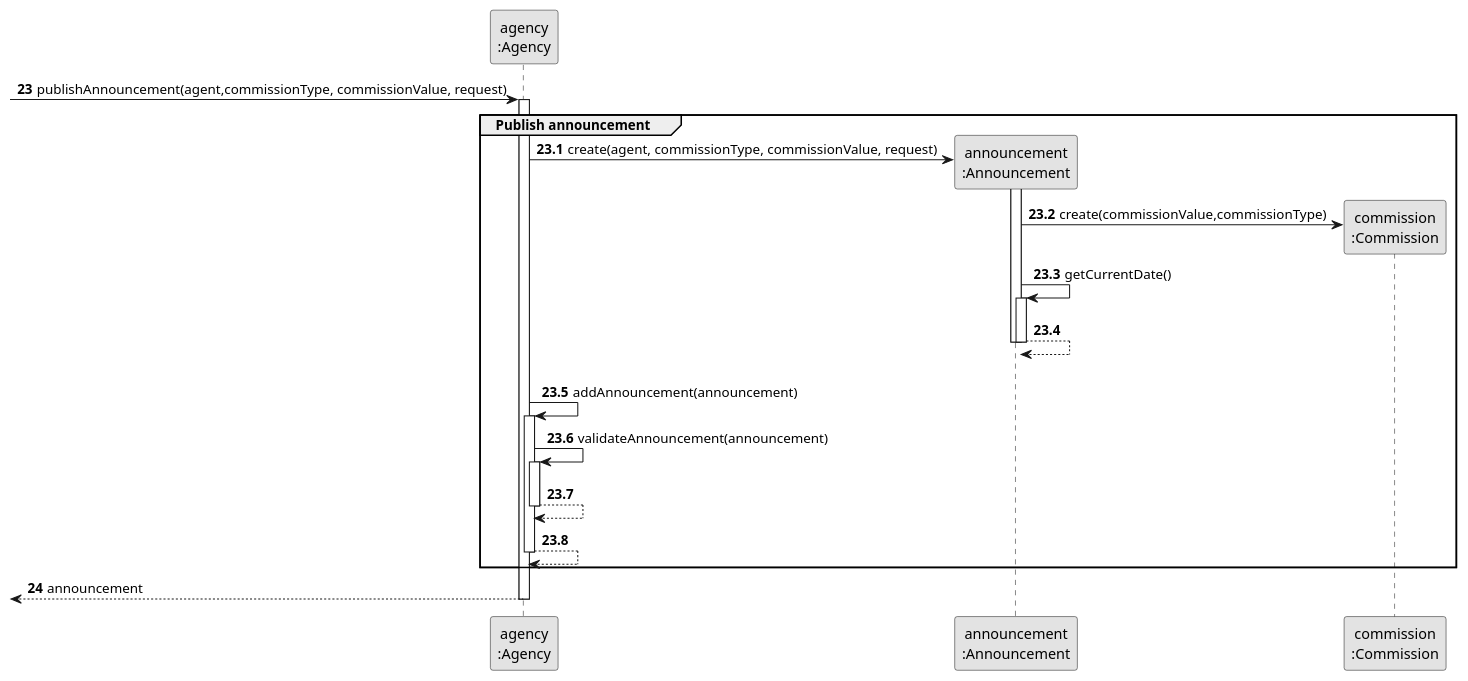
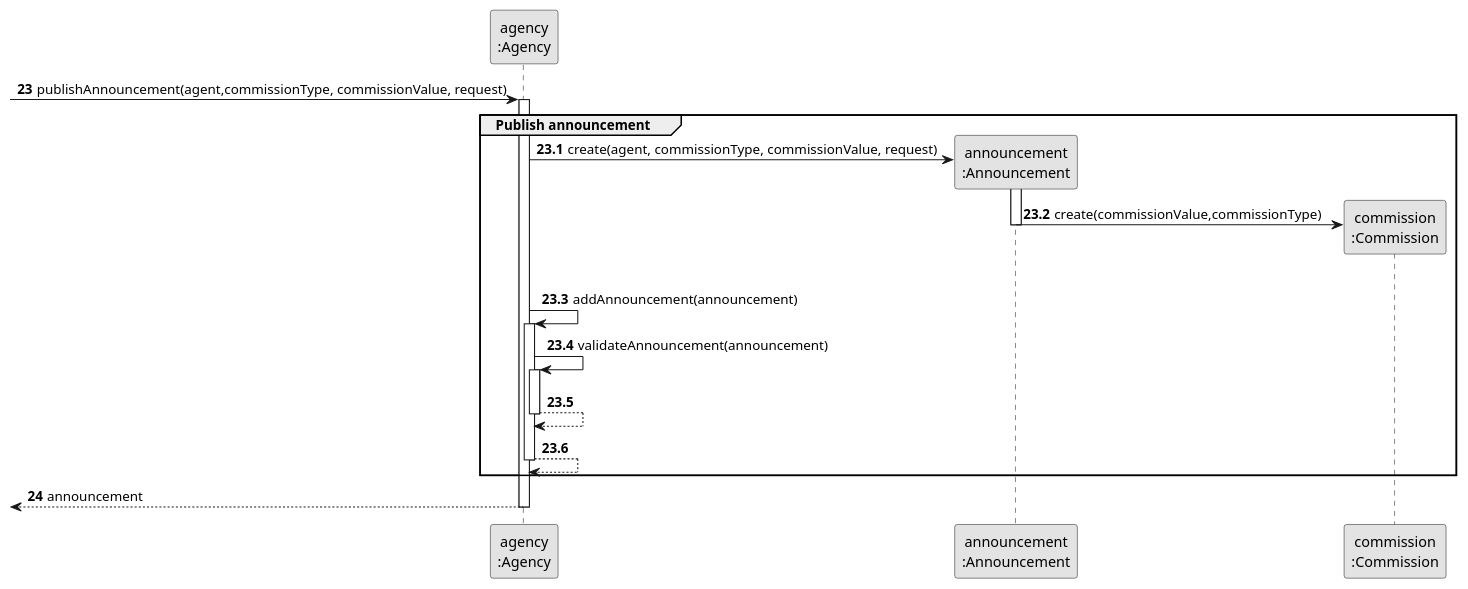
One commit to rita-barbosa/LAPR2-2223 changed the diagram in docs/sprintB/us002/03.design/puml/us002-sequence-diagram-partial-publish-announcement.puml. Above: the diagram before and after it, drawn with PlantUML. The commit also changed 5 other files, not shown here.

Commit message:
Update of sequence diagram [US002][Design]

```diff
--- a/docs/sprintB/us002/03.design/puml/us002-sequence-diagram-partial-publish-announcement.puml
+++ b/docs/sprintB/us002/03.design/puml/us002-sequence-diagram-partial-publish-announcement.puml
@@ -1,51 +1,47 @@
 @startuml
 skinparam monochrome true
 skinparam packageStyle rectangle
 skinparam shadowing false\
 
 
 participant "agency\n:Agency" as AGENCY
 participant "announcement\n:Announcement" as AD
 participant "commission\n:Commission" as COMMISSION
 
 autonumber 23
 
              -> AGENCY : publishAnnouncement(agent,commissionType, commissionValue, request)
              activate AGENCY
 
 autonumber 23.1
 
     group Publish announcement
 
 
                 AGENCY -> AD**: create(agent, commissionType, commissionValue, request)
                 activate AD
 
                 AD -> COMMISSION** : create(commissionValue,commissionType)
 
-                AD -> AD : getCurrentDate()
-                activate AD
-                AD --> AD :
-               deactivate AD
                 |||
                 deactivate AD
 
                 AGENCY -> AGENCY: addAnnouncement(announcement)
 
                 activate AGENCY
                     AGENCY -> AGENCY: validateAnnouncement(announcement)
                     activate AGENCY
                         AGENCY --> AGENCY
                     deactivate AGENCY
 
                     AGENCY --> AGENCY
 
             deactivate  AGENCY
     end
 
 autonumber 24
 
     <-- AGENCY : announcement
     deactivate AGENCY
 
 @enduml
```
